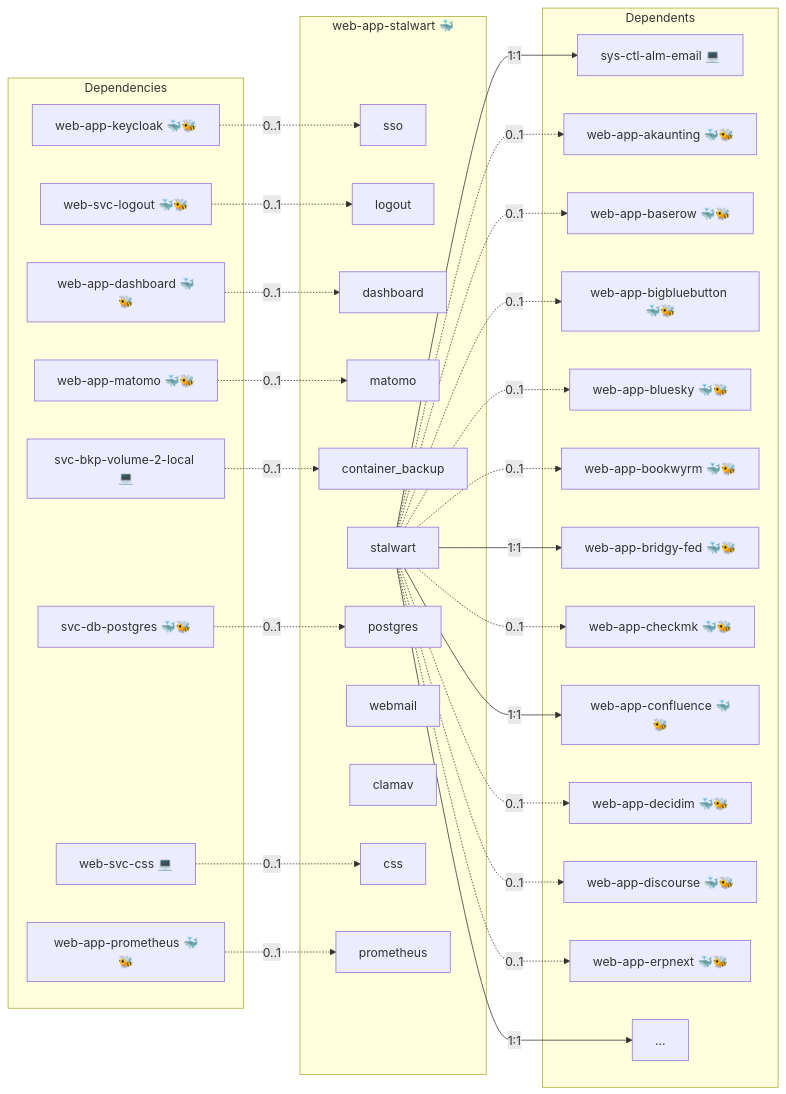
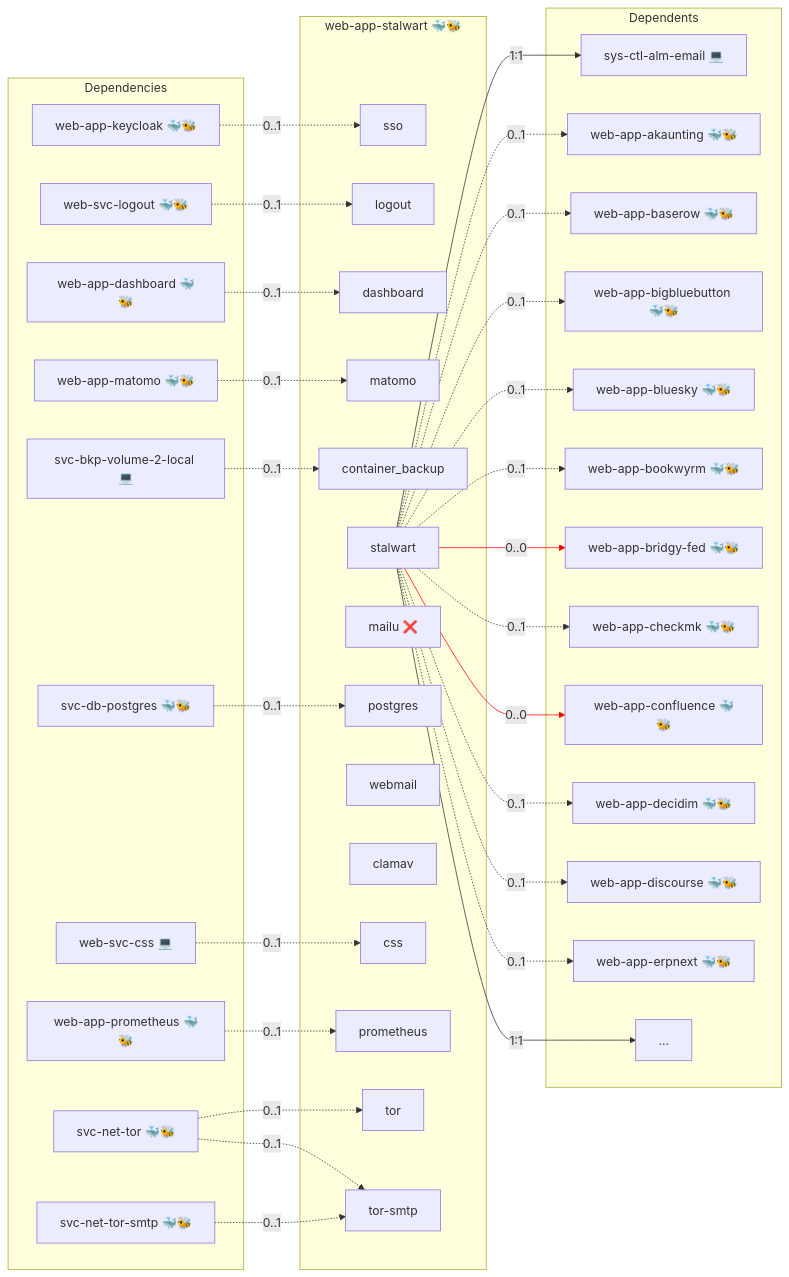
The second of 2 diagrams in roles/web-app-stalwart/README.md (AlejandroRomanIbanez/infinito-nexus), drawn with Mermaid before and after one commit. The commit also changed other lines of this file and 67 other files, not shown here.

````diff
--- a/roles/web-app-stalwart/README.md
+++ b/roles/web-app-stalwart/README.md
@@ -68,62 +68,71 @@
 ```mermaid
 flowchart LR
     subgraph deps [Dependencies]
         dep_svc_bkp_volume_2_local["svc-bkp-volume-2-local 💻"]
         dep_svc_db_postgres["svc-db-postgres 🐳🐝"]
+        dep_svc_net_tor["svc-net-tor 🐳🐝"]
+        dep_svc_net_tor_smtp["svc-net-tor-smtp 🐳🐝"]
         dep_web_app_dashboard["web-app-dashboard 🐳🐝"]
         dep_web_app_keycloak["web-app-keycloak 🐳🐝"]
         dep_web_app_matomo["web-app-matomo 🐳🐝"]
         dep_web_app_prometheus["web-app-prometheus 🐳🐝"]
         dep_web_svc_css["web-svc-css 💻"]
         dep_web_svc_logout["web-svc-logout 🐳🐝"]
     end
-    subgraph role [web-app-stalwart 🐳]
+    subgraph role [web-app-stalwart 🐳🐝]
         svc_sso["sso"]
         svc_logout["logout"]
         svc_dashboard["dashboard"]
         svc_matomo["matomo"]
         svc_container_backup["container_backup"]
         svc_stalwart["stalwart"]
+        svc_mailu["mailu ❌"]
         svc_postgres["postgres"]
         svc_webmail["webmail"]
         svc_clamav["clamav"]
         svc_css["css"]
         svc_prometheus["prometheus"]
+        svc_tor["tor"]
+        svc_tor_smtp["tor-smtp"]
     end
     subgraph dependents [Dependents]
         dpt_sys_ctl_alm_email["sys-ctl-alm-email 💻"]
         dpt_web_app_akaunting["web-app-akaunting 🐳🐝"]
         dpt_web_app_baserow["web-app-baserow 🐳🐝"]
         dpt_web_app_bigbluebutton["web-app-bigbluebutton 🐳🐝"]
         dpt_web_app_bluesky["web-app-bluesky 🐳🐝"]
         dpt_web_app_bookwyrm["web-app-bookwyrm 🐳🐝"]
         dpt_web_app_bridgy_fed["web-app-bridgy-fed 🐳🐝"]
         dpt_web_app_checkmk["web-app-checkmk 🐳🐝"]
         dpt_web_app_confluence["web-app-confluence 🐳🐝"]
         dpt_web_app_decidim["web-app-decidim 🐳🐝"]
         dpt_web_app_discourse["web-app-discourse 🐳🐝"]
         dpt_web_app_erpnext["web-app-erpnext 🐳🐝"]
         dpt_more["..."]
     end
     dep_svc_bkp_volume_2_local -. "0..1" .-> svc_container_backup
     dep_svc_db_postgres -. "0..1" .-> svc_postgres
+    dep_svc_net_tor -. "0..1" .-> svc_tor
+    dep_svc_net_tor -. "0..1" .-> svc_tor_smtp
+    dep_svc_net_tor_smtp -. "0..1" .-> svc_tor_smtp
     dep_web_app_dashboard -. "0..1" .-> svc_dashboard
     dep_web_app_keycloak -. "0..1" .-> svc_sso
     dep_web_app_matomo -. "0..1" .-> svc_matomo
     dep_web_app_prometheus -. "0..1" .-> svc_prometheus
     dep_web_svc_css -. "0..1" .-> svc_css
     dep_web_svc_logout -. "0..1" .-> svc_logout
     svc_stalwart -- "1:1" --> dpt_more
     svc_stalwart -- "1:1" --> dpt_sys_ctl_alm_email
     svc_stalwart -. "0..1" .-> dpt_web_app_akaunting
     svc_stalwart -. "0..1" .-> dpt_web_app_baserow
     svc_stalwart -. "0..1" .-> dpt_web_app_bigbluebutton
     svc_stalwart -. "0..1" .-> dpt_web_app_bluesky
     svc_stalwart -. "0..1" .-> dpt_web_app_bookwyrm
-    svc_stalwart -- "1:1" --> dpt_web_app_bridgy_fed
+    svc_stalwart -- "0..0" --> dpt_web_app_bridgy_fed
     svc_stalwart -. "0..1" .-> dpt_web_app_checkmk
-    svc_stalwart -- "1:1" --> dpt_web_app_confluence
+    svc_stalwart -- "0..0" --> dpt_web_app_confluence
     svc_stalwart -. "0..1" .-> dpt_web_app_decidim
     svc_stalwart -. "0..1" .-> dpt_web_app_discourse
     svc_stalwart -. "0..1" .-> dpt_web_app_erpnext
+    linkStyle 18,20 stroke:red;
 ```
````
